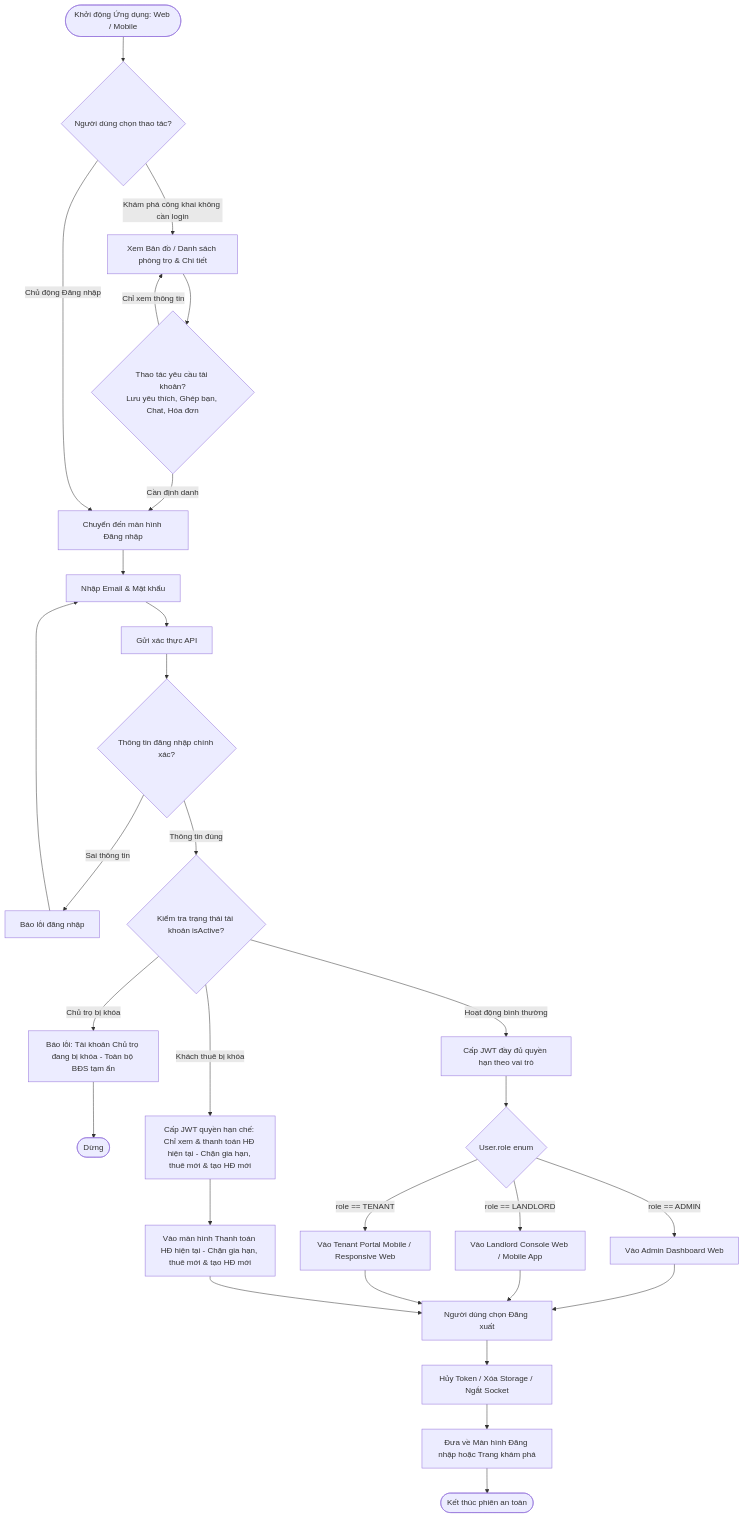
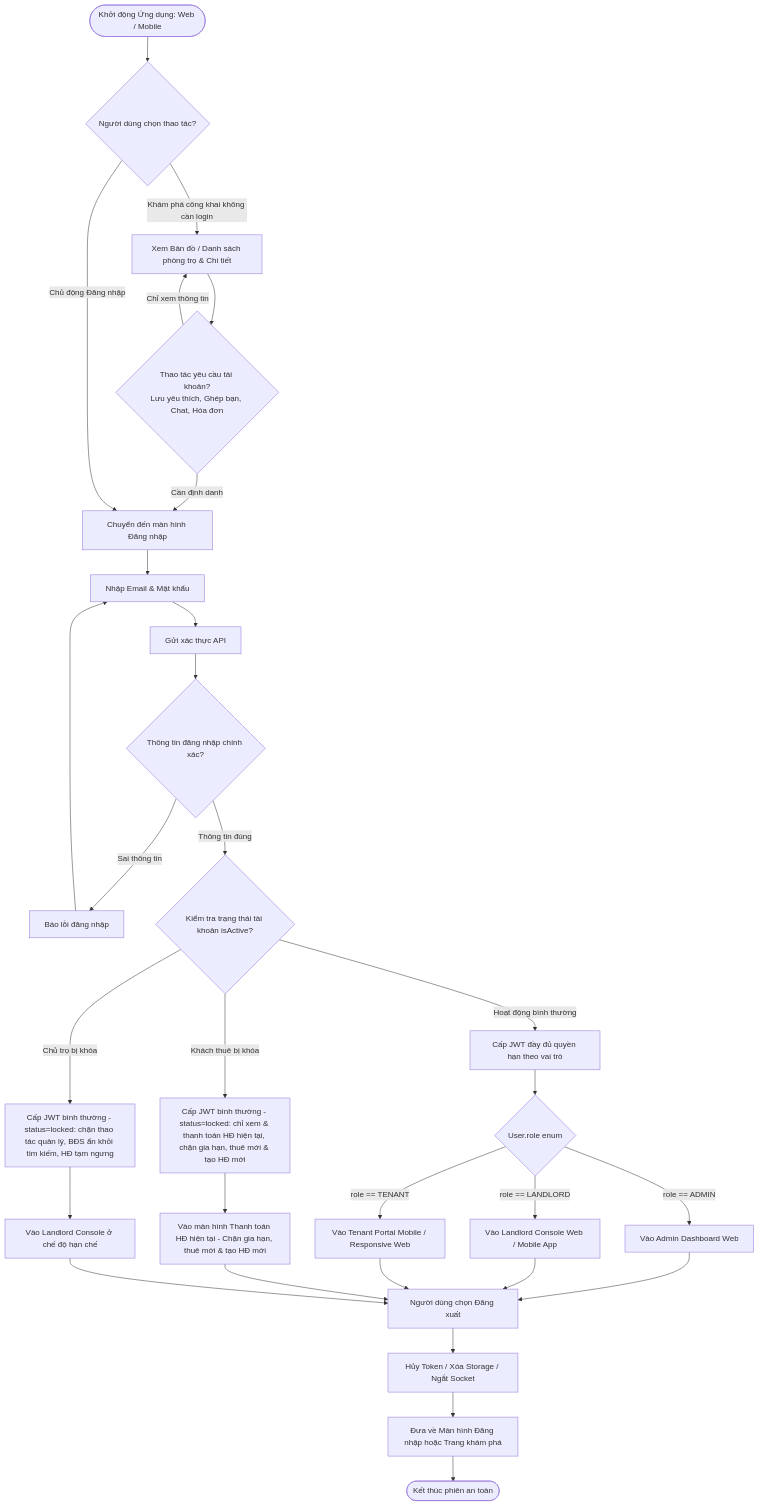
One commit to pbl6-home-renter/docs changed the diagram in phase-1/discovery/user_flow/shared_user_flow.md. Above: the diagram before and after it, drawn with Mermaid. The commit also changed other lines of this file and 4 other files, not shown here.

First line of the commit message:
docs(identity): add sequence diagrams and settle account lock rules

````diff
--- a/phase-1/discovery/user_flow/shared_user_flow.md
+++ b/phase-1/discovery/user_flow/shared_user_flow.md
@@ -32,43 +33,44 @@
 ```mermaid
 flowchart TD
     AppStart([Khởi động Ứng dụng: Web / Mobile]) --> CheckPublicAction{Người dùng chọn thao tác?}
     
     %% Nhánh 1: Khám phá công khai (Guest)
     CheckPublicAction -->|Khám phá công khai không cần login| GuestBrowse[Xem Bản đồ / Danh sách phòng trọ & Chi tiết]
     GuestBrowse --> NeedProtectedAction{Thao tác yêu cầu tài khoản?<br>Lưu yêu thích, Ghép bạn, Chat, Hóa đơn}
     NeedProtectedAction -->|Chỉ xem thông tin| GuestBrowse
     NeedProtectedAction -->|Cần định danh| TriggerLogin[Chuyển đến màn hình Đăng nhập]
     
     %% Nhánh 2: Chủ động đăng nhập
     CheckPublicAction -->|Chủ động Đăng nhập| TriggerLogin
     
     TriggerLogin --> InputCreds[Nhập Email & Mật khẩu]
     InputCreds --> SubmitAuth[Gửi xác thực API]
     
     SubmitAuth --> ValidateAuth{Thông tin đăng nhập chính xác?}
     ValidateAuth -->|Sai thông tin| ShowAuthErr[Báo lỗi đăng nhập] --> InputCreds
     
     ValidateAuth -->|Thông tin đúng| CheckActive{Kiểm tra trạng thái tài khoản isActive?}
     
-    CheckActive -->|Chủ trọ bị khóa| BlockLL[Báo lỗi: Tài khoản Chủ trọ đang bị khóa - Toàn bộ BĐS tạm ẩn] --> EndBlocked([Dừng])
-    CheckActive -->|Khách thuê bị khóa| IssueRestrictedJWT[Cấp JWT quyền hạn chế: Chỉ xem & thanh toán HĐ hiện tại - Chặn gia hạn, thuê mới & tạo HĐ mới]
+    CheckActive -->|Chủ trọ bị khóa| IssueLockedLLJWT[Cấp JWT bình thường - status=locked: chặn thao tác quản lý, BĐS ẩn khỏi tìm kiếm, HĐ tạm ngưng] --> GoLandlordRestricted[Vào Landlord Console ở chế độ hạn chế]
+    CheckActive -->|Khách thuê bị khóa| IssueRestrictedJWT[Cấp JWT bình thường - status=locked: chỉ xem & thanh toán HĐ hiện tại, chặn gia hạn, thuê mới & tạo HĐ mới]
     CheckActive -->|Hoạt động bình thường| IssueNormalJWT[Cấp JWT đầy đủ quyền hạn theo vai trò]
     
     %% Điều hướng theo Role bất biến
     IssueNormalJWT --> RouteByRole{User.role enum}
     IssueRestrictedJWT --> GoTenantRestricted[Vào màn hình Thanh toán HĐ hiện tại - Chặn gia hạn, thuê mới & tạo HĐ mới]
     
     RouteByRole -->|role == ADMIN| GoAdmin[Vào Admin Dashboard Web]
     RouteByRole -->|role == LANDLORD| GoLandlord[Vào Landlord Console Web / Mobile App]
     RouteByRole -->|role == TENANT| GoTenant[Vào Tenant Portal Mobile / Responsive Web]
     
     %% Đăng xuất cho cả 3 vai trò
     GoAdmin --> DoLogout[Người dùng chọn Đăng xuất]
     GoLandlord --> DoLogout
     GoTenant --> DoLogout
     GoTenantRestricted --> DoLogout
+    GoLandlordRestricted --> DoLogout
     
     DoLogout --> ClearSession[Hủy Token / Xóa Storage / Ngắt Socket]
     ClearSession --> RedirectGuest[Đưa về Màn hình Đăng nhập hoặc Trang khám phá]
     RedirectGuest --> EndSession([Kết thúc phiên an toàn])
 ```
````
